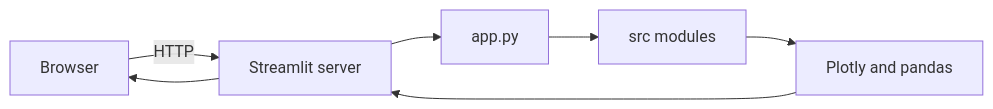
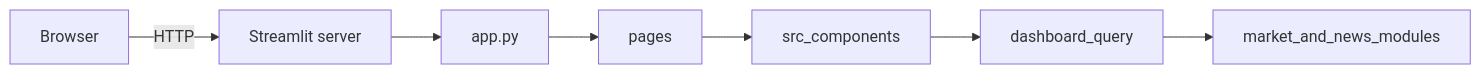
Before and after one commit to fworks-tech/chain-telescope: the diagram in docs/Architecture.md, drawn with Mermaid. The commit also changed other lines of this file and 4 other files, not shown here.

````diff
--- a/docs/Architecture.md
+++ b/docs/Architecture.md
@@ -13,15 +20,17 @@
 ```mermaid
 flowchart LR
   Browser[Browser]
   StreamlitServer[Streamlit server]
   AppPy[app.py]
-  SrcModules[src modules]
-  PlotlyPandas[Plotly and pandas]
+  Pages[pages]
+  QueryLayer[dashboard_query]
+  Providers[market_and_news_modules]
+  Components[src_components]
 
   Browser -->|HTTP| StreamlitServer
   StreamlitServer --> AppPy
-  AppPy --> SrcModules
-  SrcModules --> PlotlyPandas
-  PlotlyPandas --> StreamlitServer
-  StreamlitServer --> Browser
+  AppPy --> Pages
+  Pages --> Components
+  Components --> QueryLayer
+  QueryLayer --> Providers
 ```
````
